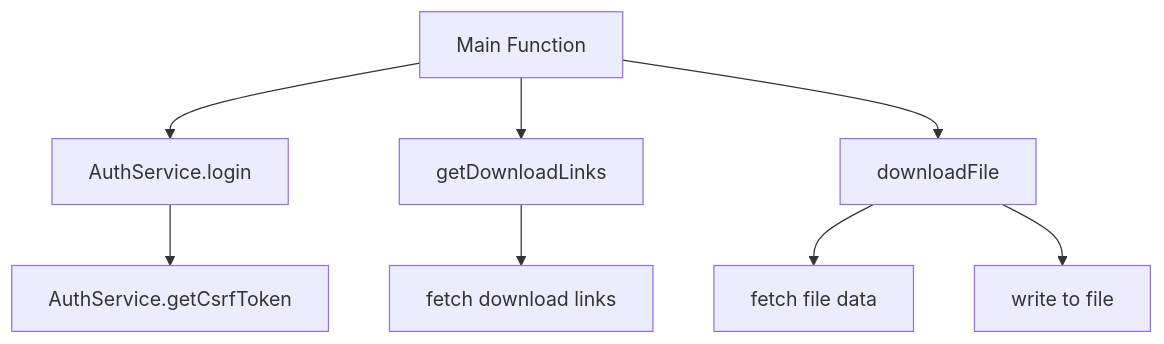
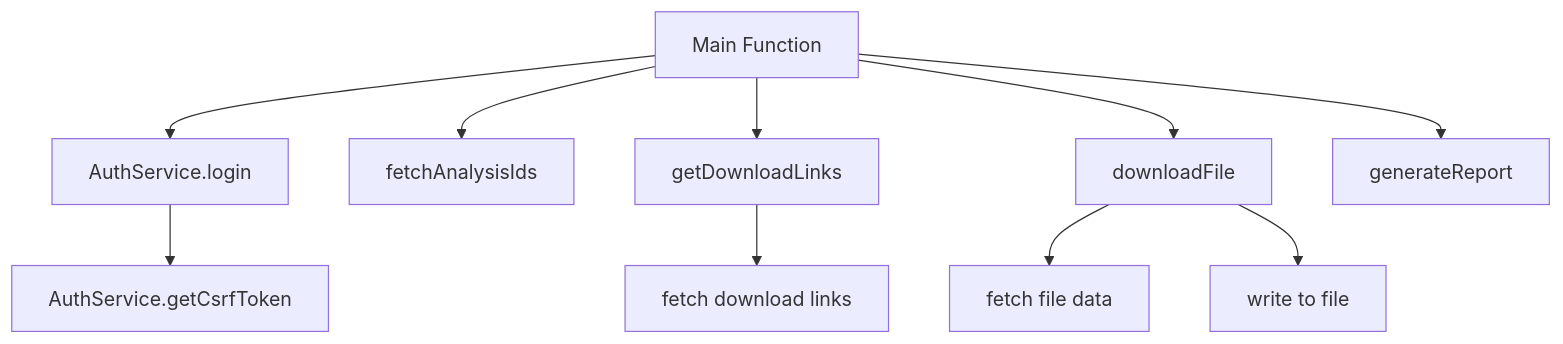
Before and after one commit to LaborBerlin/varvis-download: the first of 2 diagrams in README.md, drawn with Mermaid. The commit also changed other lines of this file, not shown here.

````diff
--- a/README.md
+++ b/README.md
@@ -77,10 +89,12 @@
 ```mermaid
 graph TD;
     A[Main Function] --> B[AuthService.login]
     B --> C[AuthService.getCsrfToken]
-    A --> D[getDownloadLinks]
-    D --> E[fetch download links]
-    A --> F[downloadFile]
-    F --> G[fetch file data]
-    F --> H[write to file]
+    A --> D[fetchAnalysisIds]
+    A --> E[getDownloadLinks]
+    E --> F[fetch download links]
+    A --> G[downloadFile]
+    G --> H[fetch file data]
+    G --> I[write to file]
+    A --> J[generateReport]
 ```
````
